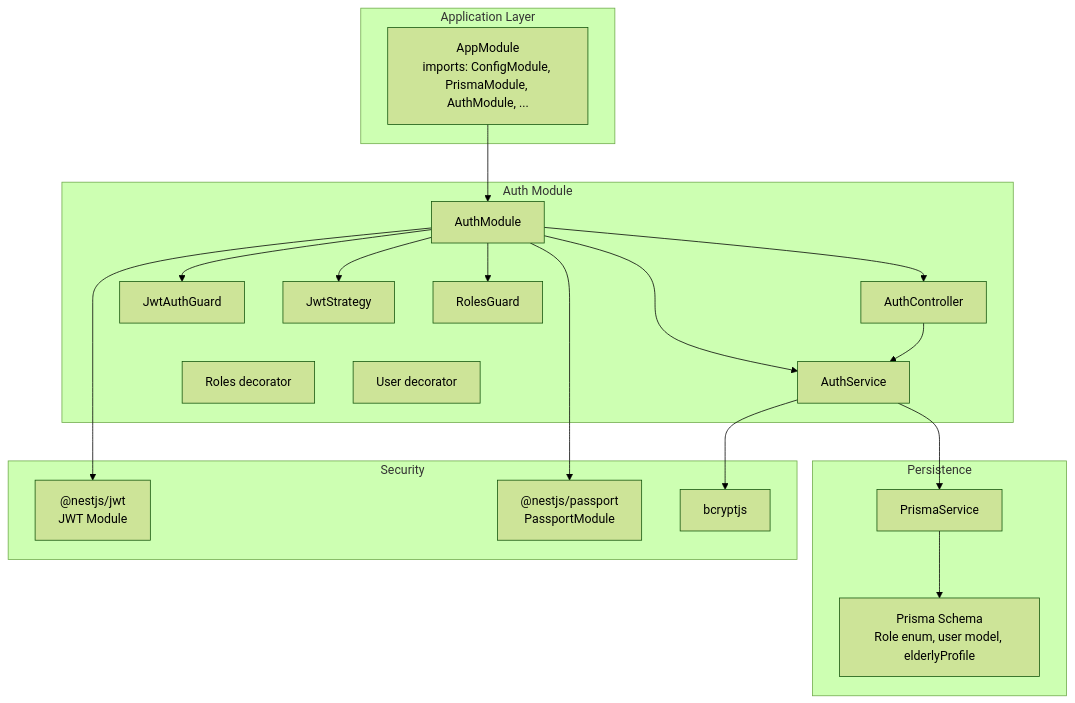
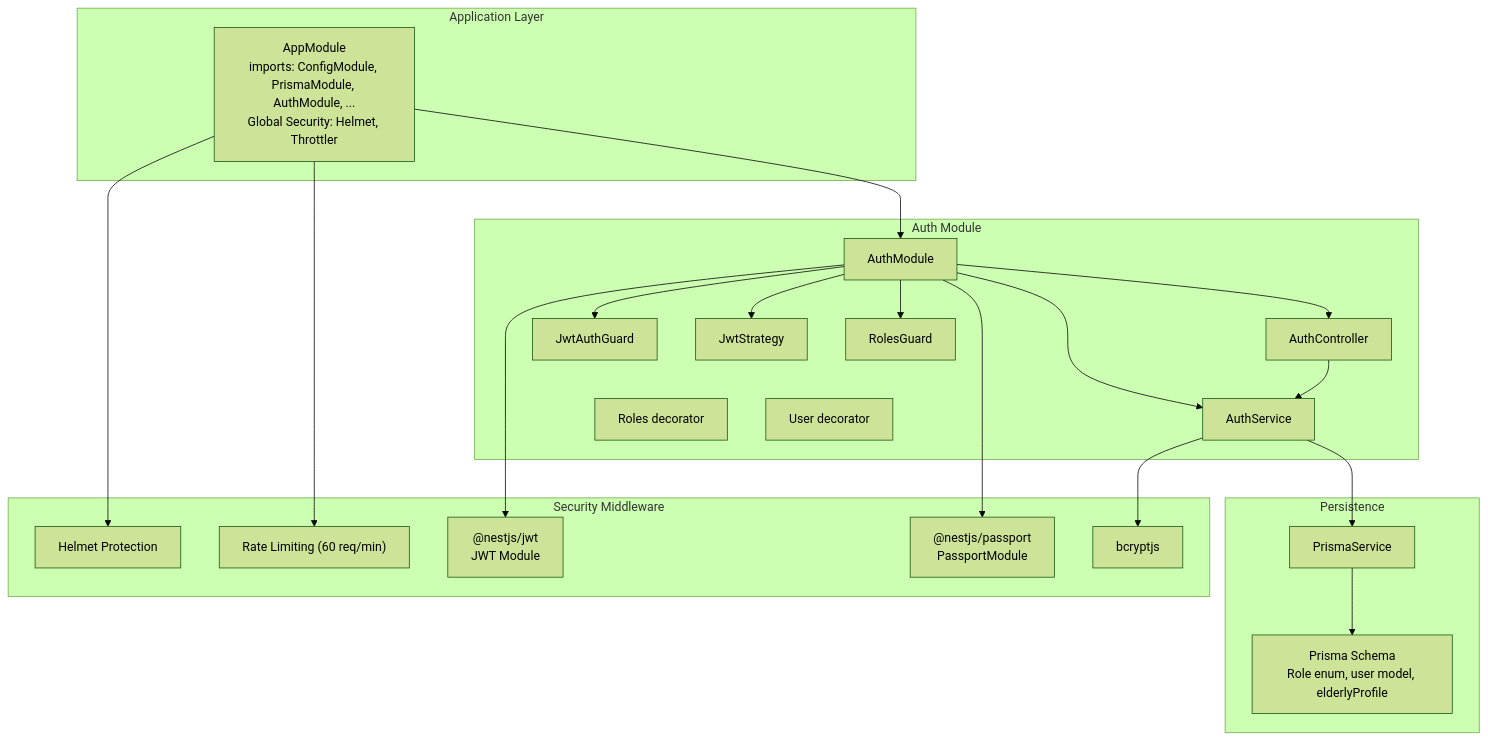
The first of 9 diagrams in .qoder/repowiki/en/content/Authentication & Authorization System.md (jairosouza67/99-Pai), drawn with Mermaid (forest theme) before and after one commit. The commit also changed other lines of this file and 4 other files, not shown here.

Commit message:
docs: update repository wiki metadata and architecture notes

````diff
--- a/.qoder/repowiki/en/content/Authentication & Authorization System.md
+++ b/.qoder/repowiki/en/content/Authentication & Authorization System.md
@@ -38,37 +50,41 @@
 ```mermaid
 graph TB
 subgraph "Application Layer"
-APP["AppModule<br/>imports: ConfigModule, PrismaModule, AuthModule, ..."]
+APP["AppModule<br/>imports: ConfigModule, PrismaModule, AuthModule, ...<br/>Global Security: Helmet, Throttler"]
 end
 subgraph "Auth Module"
 AM["AuthModule"]
 AC["AuthController"]
 AS["AuthService"]
 JSG["JwtAuthGuard"]
 JST["JwtStrategy"]
 RG["RolesGuard"]
 RD["Roles decorator"]
 UD["User decorator"]
 end
 subgraph "Persistence"
 PRISMA["PrismaService"]
 SCHEMA["Prisma Schema<br/>Role enum, user model, elderlyProfile"]
 end
-subgraph "Security"
+subgraph "Security Middleware"
+HELMET["Helmet Protection"]
+THROTTLE["Rate Limiting (60 req/min)"]
 JWT["@nestjs/jwt<br/>JWT Module"]
 PASS["@nestjs/passport<br/>PassportModule"]
 BC["bcryptjs"]
 end
 APP --> AM
 AM --> AC
 AM --> AS
 AM --> JSG
 AM --> JST
 AM --> RG
 AC --> AS
 AS --> PRISMA
 PRISMA --> SCHEMA
 AM --> JWT
 AM --> PASS
 AS --> BC
+APP --> HELMET
+APP --> THROTTLE
 ```
````
